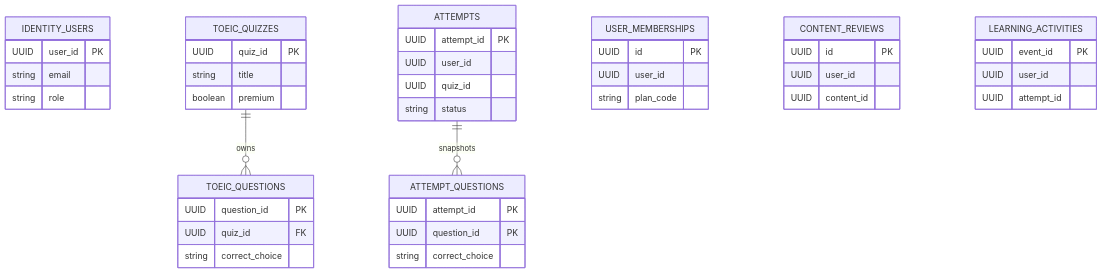
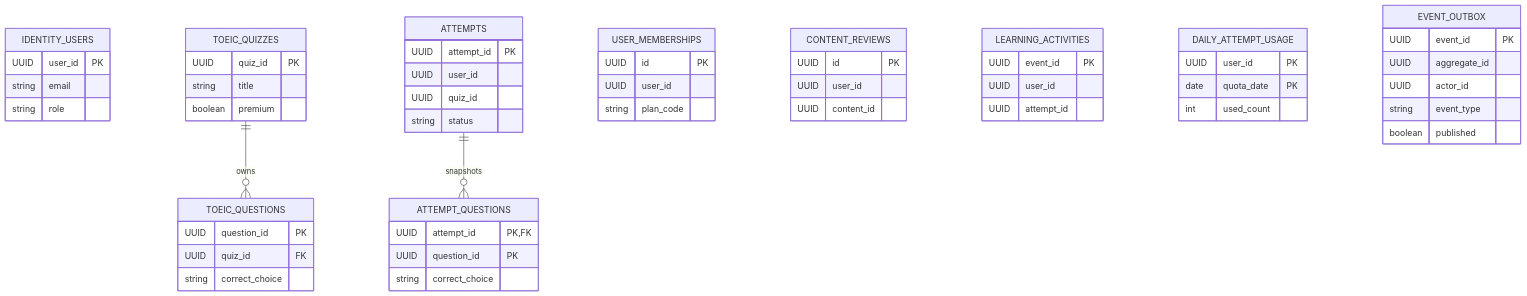
Before and after one commit to chienvoxn/toeic-learning-platform-microservices: the second of 2 diagrams in docs/REPORT_TEMPLATE.md, drawn with Mermaid. The commit also changed other lines of this file and 4 other files, not shown here.

Commit message:
docs(architecture): document assessment DDD and architecture decisions

````diff
--- a/docs/REPORT_TEMPLATE.md
+++ b/docs/REPORT_TEMPLATE.md
@@ -35,13 +50,38 @@
 ```mermaid
 erDiagram
- IDENTITY_USERS { UUID user_id PK string email string role }
- TOEIC_QUIZZES { UUID quiz_id PK string title boolean premium }
- TOEIC_QUESTIONS { UUID question_id PK UUID quiz_id FK string correct_choice }
- ATTEMPTS { UUID attempt_id PK UUID user_id UUID quiz_id string status }
- ATTEMPT_QUESTIONS { UUID attempt_id PK UUID question_id PK string correct_choice }
- USER_MEMBERSHIPS { UUID id PK UUID user_id string plan_code }
- CONTENT_REVIEWS { UUID id PK UUID user_id UUID content_id }
- LEARNING_ACTIVITIES { UUID event_id PK UUID user_id UUID attempt_id }
+ IDENTITY_USERS { UUID user_id PK
+   string email
+   string role }
+ TOEIC_QUIZZES { UUID quiz_id PK
+   string title
+   boolean premium }
+ TOEIC_QUESTIONS { UUID question_id PK
+   UUID quiz_id FK
+   string correct_choice }
+ ATTEMPTS { UUID attempt_id PK
+   UUID user_id
+   UUID quiz_id
+   string status }
+ ATTEMPT_QUESTIONS { UUID attempt_id PK,FK
+   UUID question_id PK
+   string correct_choice }
+ USER_MEMBERSHIPS { UUID id PK
+   UUID user_id
+   string plan_code }
+ CONTENT_REVIEWS { UUID id PK
+   UUID user_id
+   UUID content_id }
+ LEARNING_ACTIVITIES { UUID event_id PK
+   UUID user_id
+   UUID attempt_id }
+ DAILY_ATTEMPT_USAGE { UUID user_id PK
+   date quota_date PK
+   int used_count }
+ EVENT_OUTBOX { UUID event_id PK
+   UUID aggregate_id
+   UUID actor_id
+   string event_type
+   boolean published }
  TOEIC_QUIZZES ||--o{ TOEIC_QUESTIONS : owns
  ATTEMPTS ||--o{ ATTEMPT_QUESTIONS : snapshots
 ```
````
